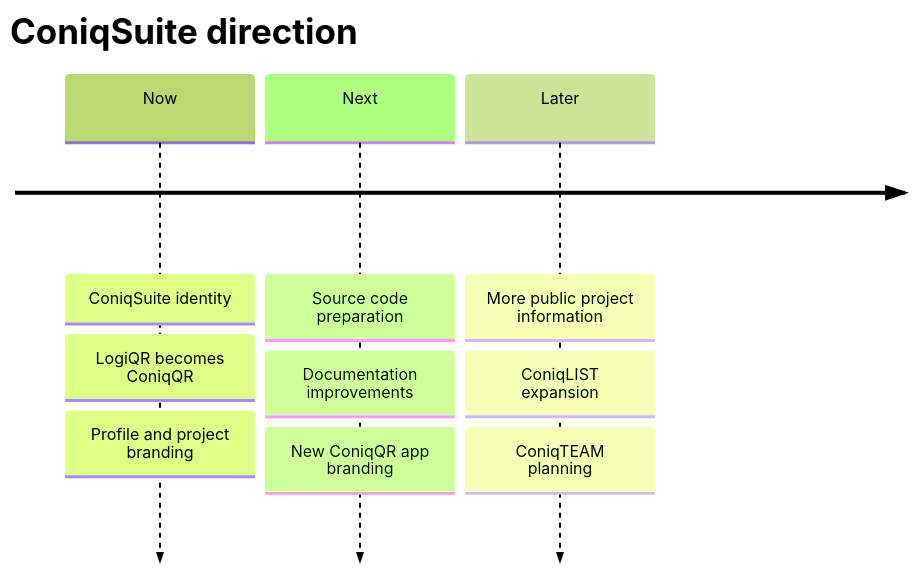
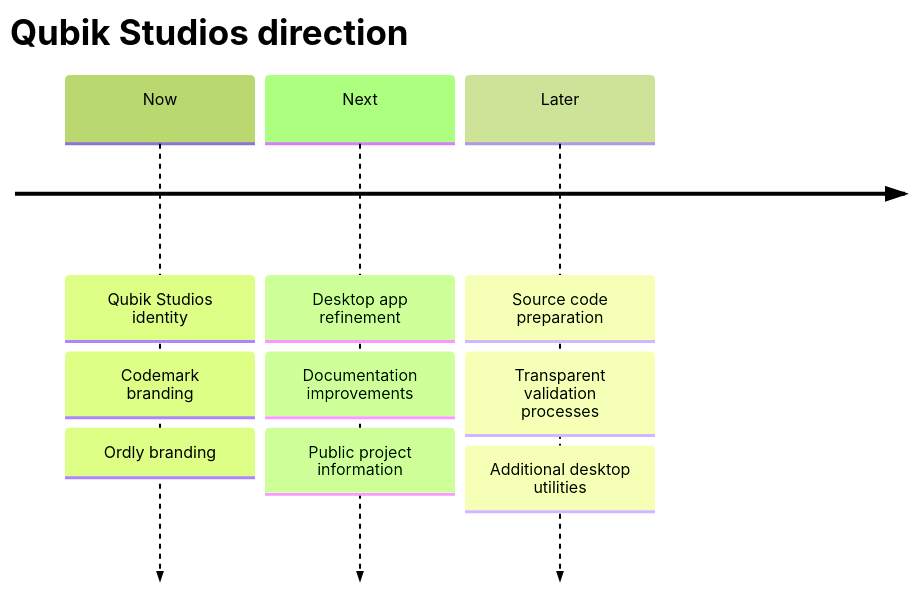
Before and after one commit to ConiqSuite/.github: the second of 2 diagrams in profile/README.md, drawn with Mermaid (forest theme). The commit also changed other lines of this file, not shown here.

````diff
--- a/profile/README.md
+++ b/profile/README.md
@@ -225,13 +222,13 @@
 ```mermaid
 timeline
-    title ConiqSuite direction
-    Now : ConiqSuite identity
-        : LogiQR becomes ConiqQR
-        : Profile and project branding
-    Next : Source code preparation
+    title Qubik Studios direction
+    Now : Qubik Studios identity
+        : Codemark branding
+        : Ordly branding
+    Next : Desktop app refinement
          : Documentation improvements
-         : New ConiqQR app branding
-    Later : More public project information
-          : ConiqLIST expansion
-          : ConiqTEAM planning
+         : Public project information
+    Later : Source code preparation
+          : Transparent validation processes
+          : Additional desktop utilities
 ```
````
